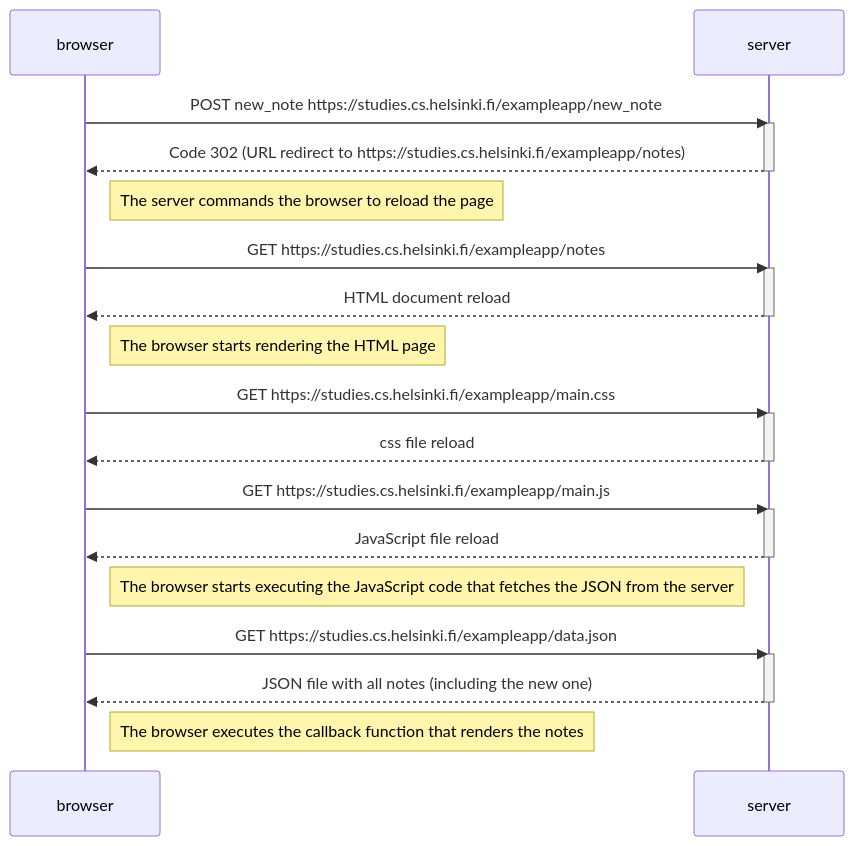
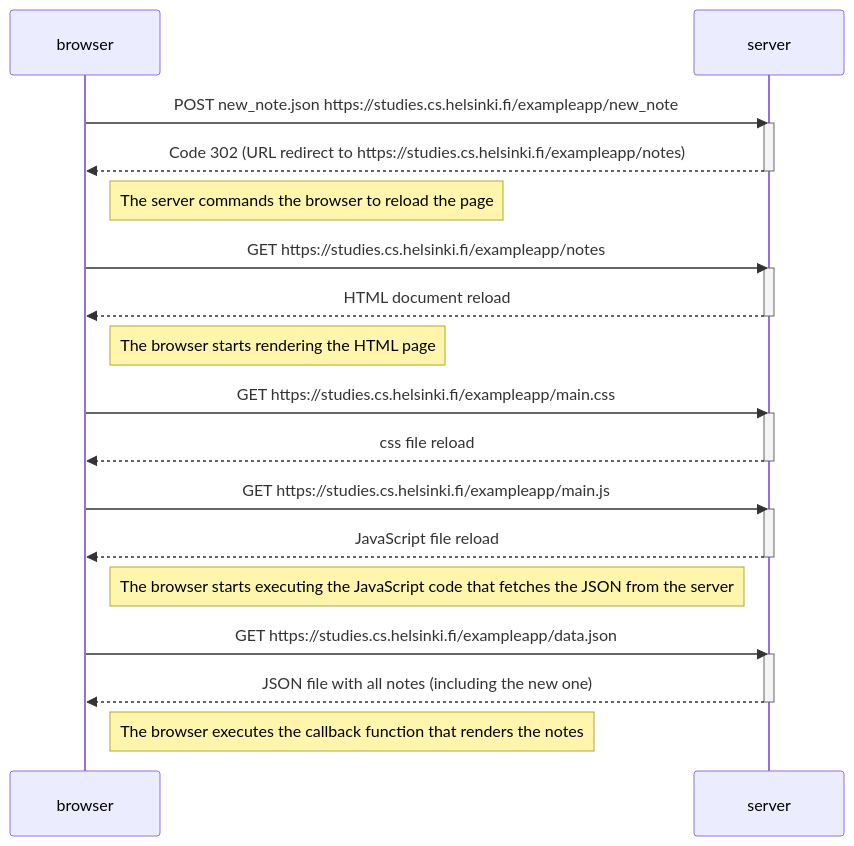
Before and after one commit to M4GPIe/full-stack-open-course: the diagram in part0/exer_0_4.md, drawn with Mermaid. The commit also changed 2 other files, not shown here.

Commit message:
exercies 0_5 & 0_6, corrected small comment in 0_4

````diff
--- a/part0/exer_0_4.md
+++ b/part0/exer_0_4.md
@@ -1,38 +1,38 @@
 ```mermaid
 sequenceDiagram
     participant browser
     participant server
 
-    browser->>server: POST new_note https://studies.cs.helsinki.fi/exampleapp/new_note
+    browser->>server: POST new_note.json https://studies.cs.helsinki.fi/exampleapp/new_note
     activate server
     server-->>browser: Code 302 (URL redirect to https://studies.cs.helsinki.fi/exampleapp/notes)
     deactivate server
 
     Note right of browser: The server commands the browser to reload the page
 
     browser->>server: GET https://studies.cs.helsinki.fi/exampleapp/notes
     activate server
     server-->>browser: HTML document reload
     deactivate server
 
     Note right of browser: The browser starts rendering the HTML page
 
     browser->>server: GET https://studies.cs.helsinki.fi/exampleapp/main.css
     activate server
     server-->>browser: css file reload
     deactivate server
 
     browser->>server: GET https://studies.cs.helsinki.fi/exampleapp/main.js
     activate server
     server-->>browser: JavaScript file reload
     deactivate server
 
     Note right of browser: The browser starts executing the JavaScript code that fetches the JSON from the server
 
     browser->>server: GET https://studies.cs.helsinki.fi/exampleapp/data.json
     activate server
     server-->>browser: JSON file with all notes (including the new one)
     deactivate server
 
     Note right of browser: The browser executes the callback function that renders the notes
 ```
````
